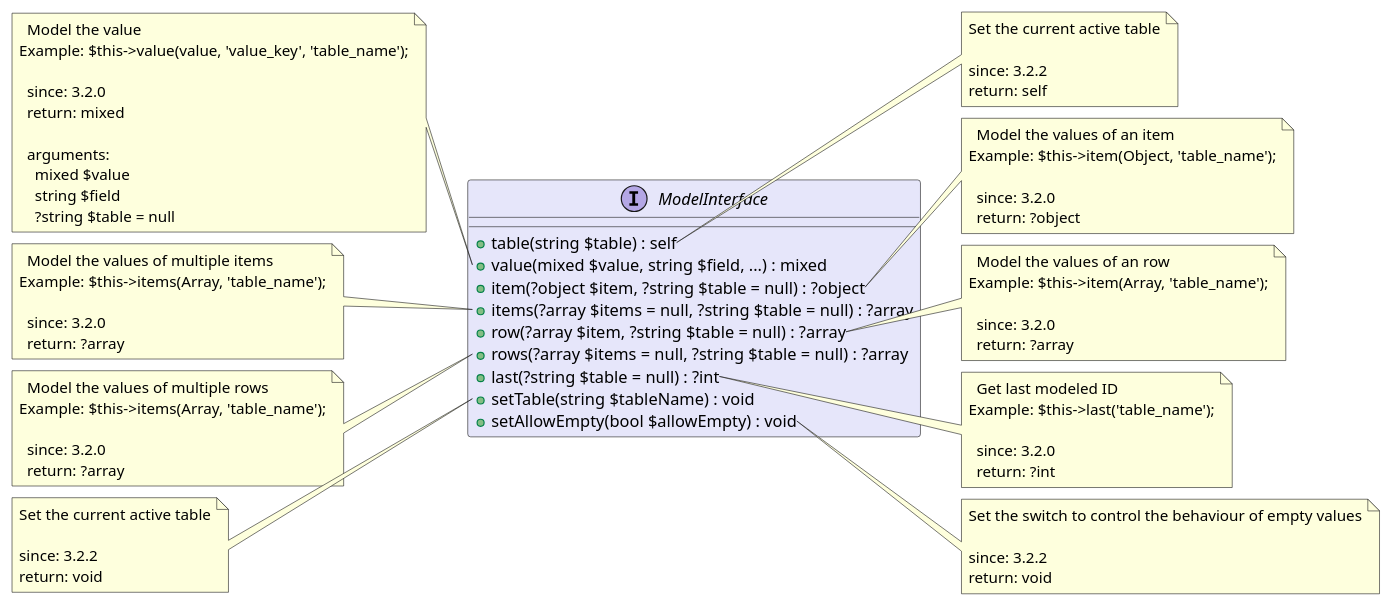
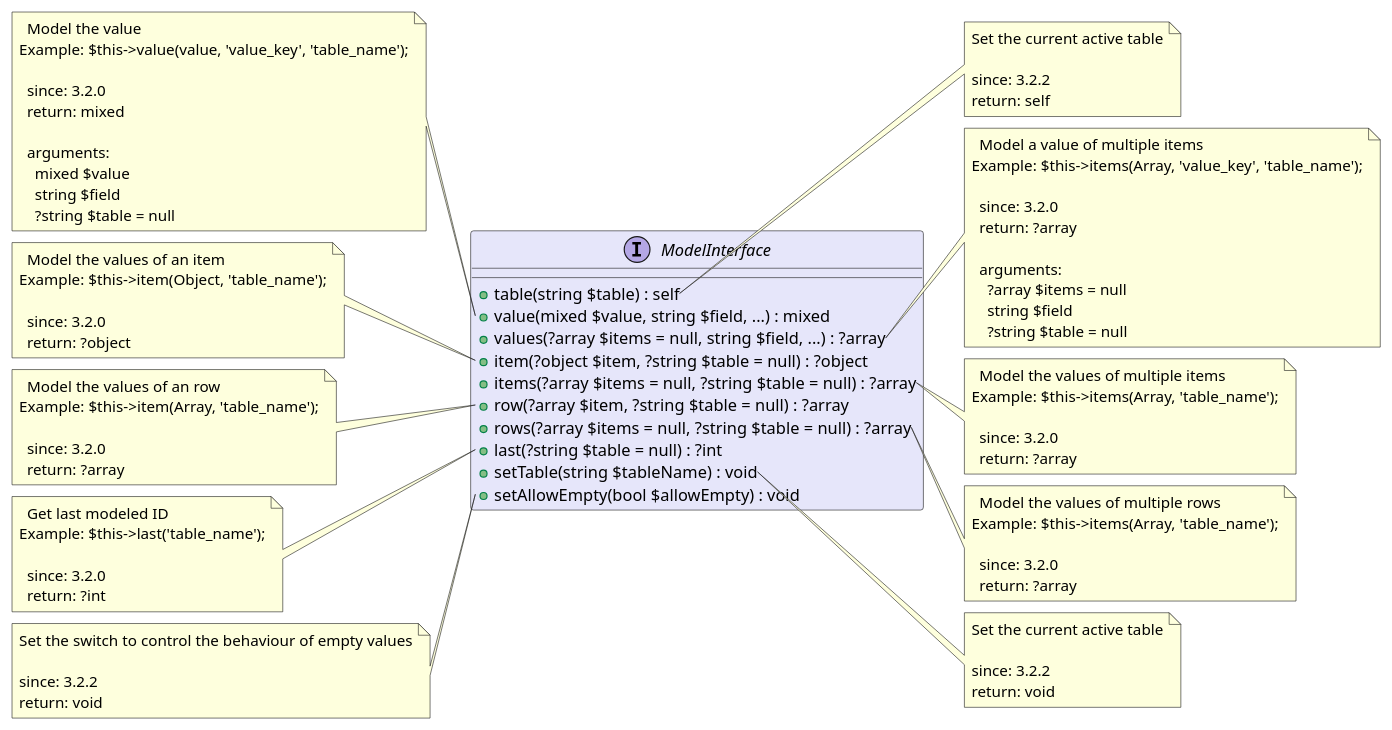
The diagram in src/8aef58c1-3f70-4bd4-b9e4-3f29fcd41cff/README.md (joomengine/super-powers), drawn with PlantUML before and after one commit. The commit also changed 48 other files, not shown here.

```diff
--- a/src/8aef58c1-3f70-4bd4-b9e4-3f29fcd41cff/README.md
+++ b/src/8aef58c1-3f70-4bd4-b9e4-3f29fcd41cff/README.md
@@ -14,6 +14,7 @@
 interface ModelInterface  #Lavender {
   + table(string $table) : self
   + value(mixed $value, string $field, ...) : mixed
+  + values(?array $items = null, string $field, ...) : ?array
   + item(?object $item, ?string $table = null) : ?object
   + items(?array $items = null, ?string $table = null) : ?array
   + row(?array $item, ?string $table = null) : ?array
@@ -43,7 +44,20 @@
     ?string $table = null
 end note
 
-note right of ModelInterface::item
+note right of ModelInterface::values
+  Model a value of multiple items
+Example: $this->items(Array, 'value_key', 'table_name');
+
+  since: 3.2.0
+  return: ?array
+  
+  arguments:
+    ?array $items = null
+    string $field
+    ?string $table = null
+end note
+
+note left of ModelInterface::item
   Model the values of an item
 Example: $this->item(Object, 'table_name');
 
@@ -51,7 +65,7 @@
   return: ?object
 end note
 
-note left of ModelInterface::items
+note right of ModelInterface::items
   Model the values of multiple items
 Example: $this->items(Array, 'table_name');
 
@@ -59,7 +73,7 @@
   return: ?array
 end note
 
-note right of ModelInterface::row
+note left of ModelInterface::row
   Model the values of an row
 Example: $this->item(Array, 'table_name');
 
@@ -67,7 +81,7 @@
   return: ?array
 end note
 
-note left of ModelInterface::rows
+note right of ModelInterface::rows
   Model the values of multiple rows
 Example: $this->items(Array, 'table_name');
 
@@ -75,7 +89,7 @@
   return: ?array
 end note
 
-note right of ModelInterface::last
+note left of ModelInterface::last
   Get last modeled ID
 Example: $this->last('table_name');
 
@@ -83,14 +97,14 @@
   return: ?int
 end note
 
-note left of ModelInterface::setTable
+note right of ModelInterface::setTable
   Set the current active table
 
   since: 3.2.2
   return: void
 end note
 
-note right of ModelInterface::setAllowEmpty
+note left of ModelInterface::setAllowEmpty
   Set the switch to control the behaviour of empty values
 
   since: 3.2.2
```
